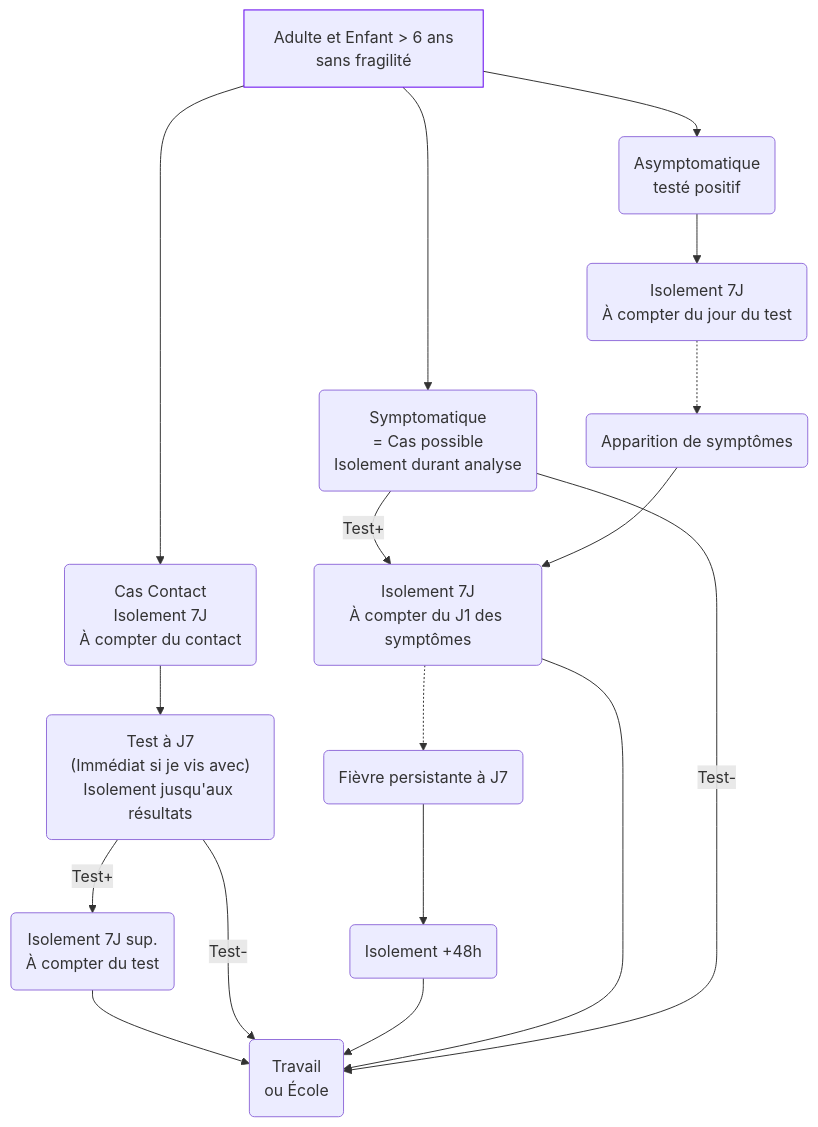
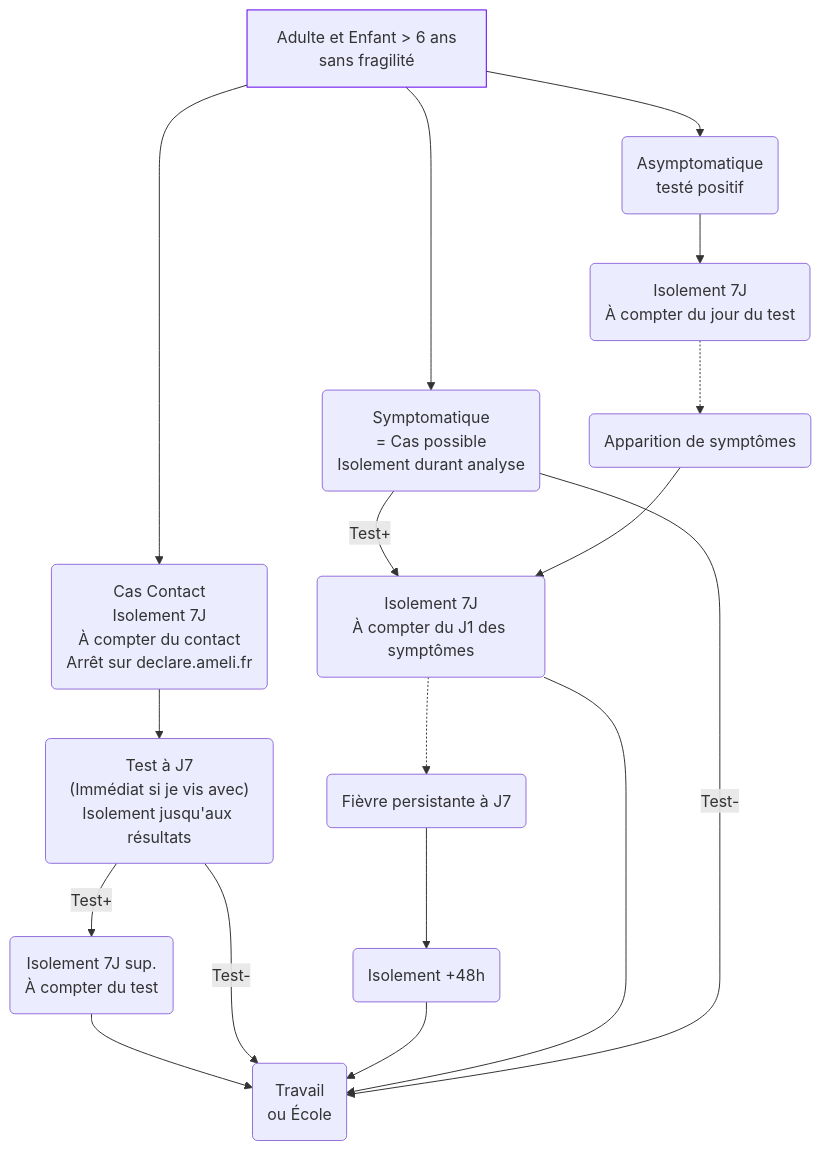
The first of 2 diagrams in content/recommandations/covid-19.md (djibe/recommandations-medicales), drawn with Mermaid before and after one commit. The commit also changed other lines of this file and 7 other files, not shown here.

```diff
--- a/content/recommandations/covid-19.md
+++ b/content/recommandations/covid-19.md
@@ -157,10 +157,10 @@
 {{< mermaid >}}
 graph TB
-  adulte[Adulte et Enfant > 6 ans<br>sans fragilité] --> contact(Cas Contact<br>Isolement 7J<br>À compter du contact<br>) --> testJ7("Test à J7<br>(Immédiat si je vis avec)<br>Isolement jusqu'aux résultats") --Test+--> isolementContact(Isolement 7J sup.<br>À compter du test) --> retour
+  adulte[Adulte et Enfant > 6 ans<br>sans fragilité] --> contact(Cas Contact<br>Isolement 7J<br>À compter du contact<br>Arrêt sur declare.ameli.fr) --> testJ7("Test à J7<br>(Immédiat si je vis avec)<br>Isolement jusqu'aux résultats") --Test+--> isolementContact(Isolement 7J sup.<br>À compter du test) --> retour
   style adulte stroke:#6200ee, stroke-width:1px
   testJ7 --Test- --> retour
   adulte --> symptomatique(Symptomatique<br>= Cas possible<br>Isolement durant analyse) --Test+--> isolementSymptomatique(Isolement 7J<br>À compter du J1 des symptômes) -.-> fievrePersistante(Fièvre persistante à J7) --> isolementFievre(Isolement +48h) --> retour(Travail<br>ou École)
   isolementSymptomatique --> retour
   adulte --> asymptomatique(Asymptomatique<br>testé positif) --> isolementAsympt(Isolement 7J<br>À compter du jour du test) -.-> devSympt(Apparition de symptômes) --> isolementSymptomatique
   symptomatique --Test- --> retour
 {{< /mermaid >}}
```
